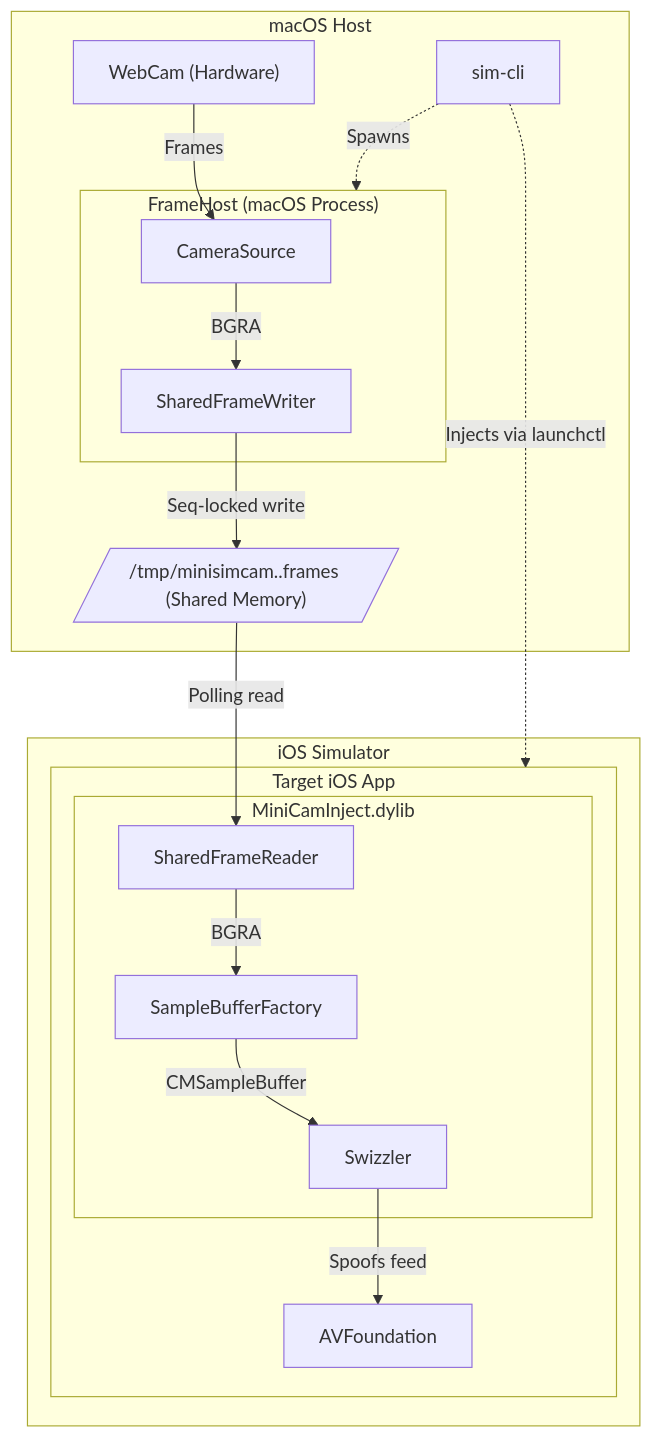
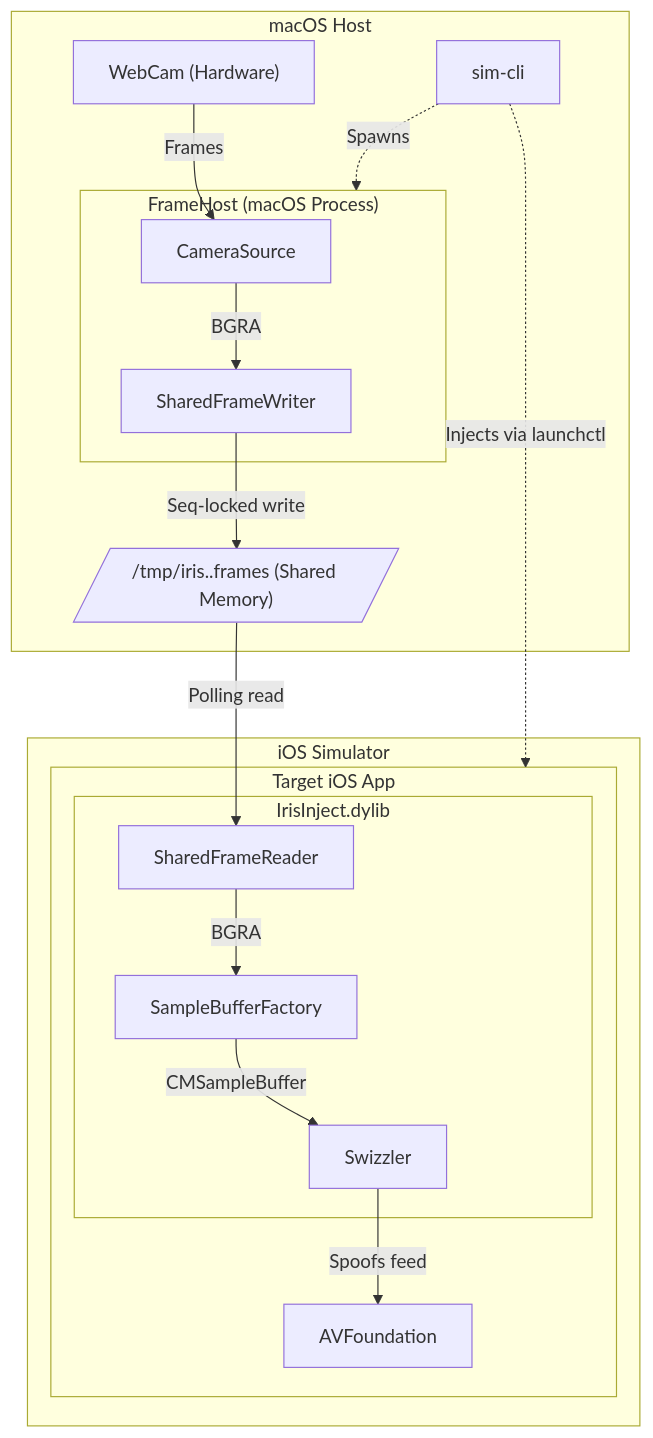
One commit to annurdien/sim-cli changed the first of 6 diagrams in docs/SIM_CAM_ARCHITECTURE.md. Above: the diagram before and after it, drawn with Mermaid. The commit also changed other lines of this file and 55 other files, not shown here.

````diff
--- a/docs/SIM_CAM_ARCHITECTURE.md
+++ b/docs/SIM_CAM_ARCHITECTURE.md
@@ -11,36 +11,36 @@
 ```mermaid
 flowchart TD
     subgraph Host["macOS Host"]
         CLI["sim-cli"]
         WebCam["WebCam (Hardware)"]
         
         subgraph FrameHost["FrameHost (macOS Process)"]
             CameraSource["CameraSource"]
             SharedFrameWriter["SharedFrameWriter"]
         end
         
-        SHM[/"/tmp/minisimcam.<udid>.frames (Shared Memory)"/]
+        SHM[/"/tmp/iris.<udid>.frames (Shared Memory)"/]
     end
 
     subgraph Sim["iOS Simulator"]
         subgraph App["Target iOS App"]
             AVFoundation["AVFoundation"]
             
-            subgraph Injector["MiniCamInject.dylib"]
+            subgraph Injector["IrisInject.dylib"]
                 Swizzler["Swizzler"]
                 SharedFrameReader["SharedFrameReader"]
                 SampleBufferFactory["SampleBufferFactory"]
             end
         end
     end
 
     CLI -. "Spawns" .-> FrameHost
     CLI -. "Injects via launchctl" .-> App
     WebCam -- "Frames" --> CameraSource
     CameraSource -- "BGRA" --> SharedFrameWriter
     SharedFrameWriter -- "Seq-locked write" --> SHM
     SHM -- "Polling read" --> SharedFrameReader
     SharedFrameReader -- "BGRA" --> SampleBufferFactory
     SampleBufferFactory -- "CMSampleBuffer" --> Swizzler
     Swizzler -- "Spoofs feed" --> AVFoundation
 ```
````
